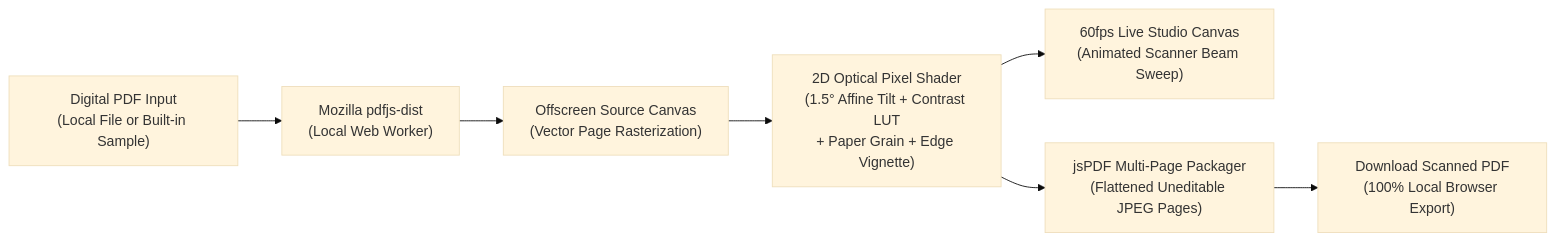
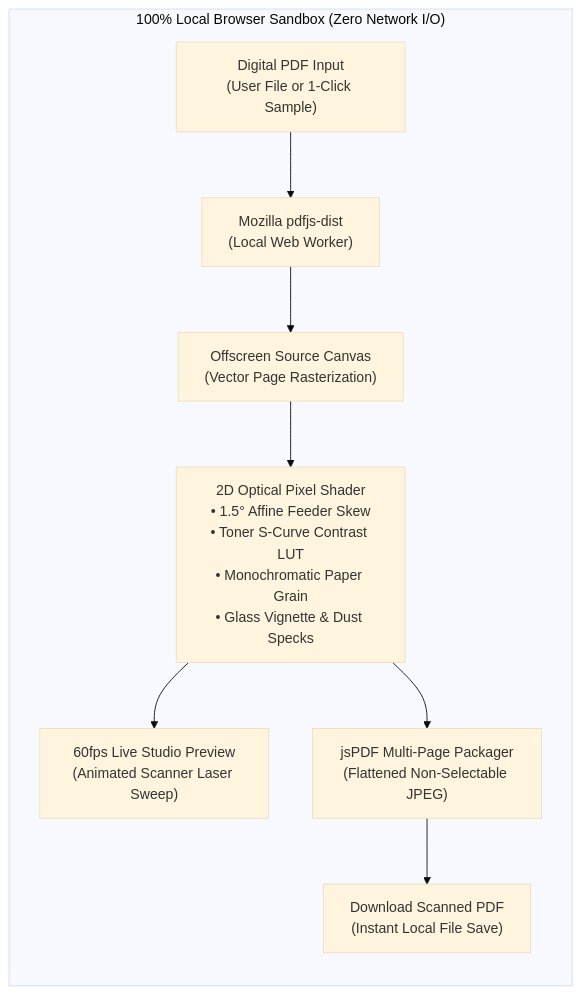
Before and after one commit to pdftoscan/pdftoscan.github.io: the diagram in README.md, drawn with Mermaid (base theme). The commit also changed other lines of this file, not shown here.

````diff
--- a/README.md
+++ b/README.md
@@ -39,9 +46,11 @@
 ```mermaid
 flowchart LR
-    A["Digital PDF Input\n(Local File or Built-in Sample)"] --> B["Mozilla pdfjs-dist\n(Local Web Worker)"]
-    B --> C["Offscreen Source Canvas\n(Vector Page Rasterization)"]
-    C --> D["2D Optical Pixel Shader\n(1.5° Affine Tilt + Contrast LUT\n+ Paper Grain + Edge Vignette)"]
-    D --> E["60fps Live Studio Canvas\n(Animated Scanner Beam Sweep)"]
-    D --> F["jsPDF Multi-Page Packager\n(Flattened Uneditable JPEG Pages)"]
-    F --> G["Download Scanned PDF\n(100% Local Browser Export)"]
+    subgraph Browser ["100% Local Browser Sandbox (Zero Network I/O)"]
+        A["Digital PDF Input\n(User File or 1-Click Sample)"] --> B["Mozilla pdfjs-dist\n(Local Web Worker)"]
+        B --> C["Offscreen Source Canvas\n(Vector Page Rasterization)"]
+        C --> D["2D Optical Pixel Shader\n• 1.5° Affine Feeder Skew\n• Toner S-Curve Contrast LUT\n• Monochromatic Paper Grain\n• Glass Vignette & Dust Specks"]
+        D --> E["60fps Live Studio Preview\n(Animated Scanner Laser Sweep)"]
+        D --> F["jsPDF Multi-Page Packager\n(Flattened Non-Selectable JPEG)"]
+        F --> G["Download Scanned PDF\n(Instant Local File Save)"]
+    end
 ```
````
